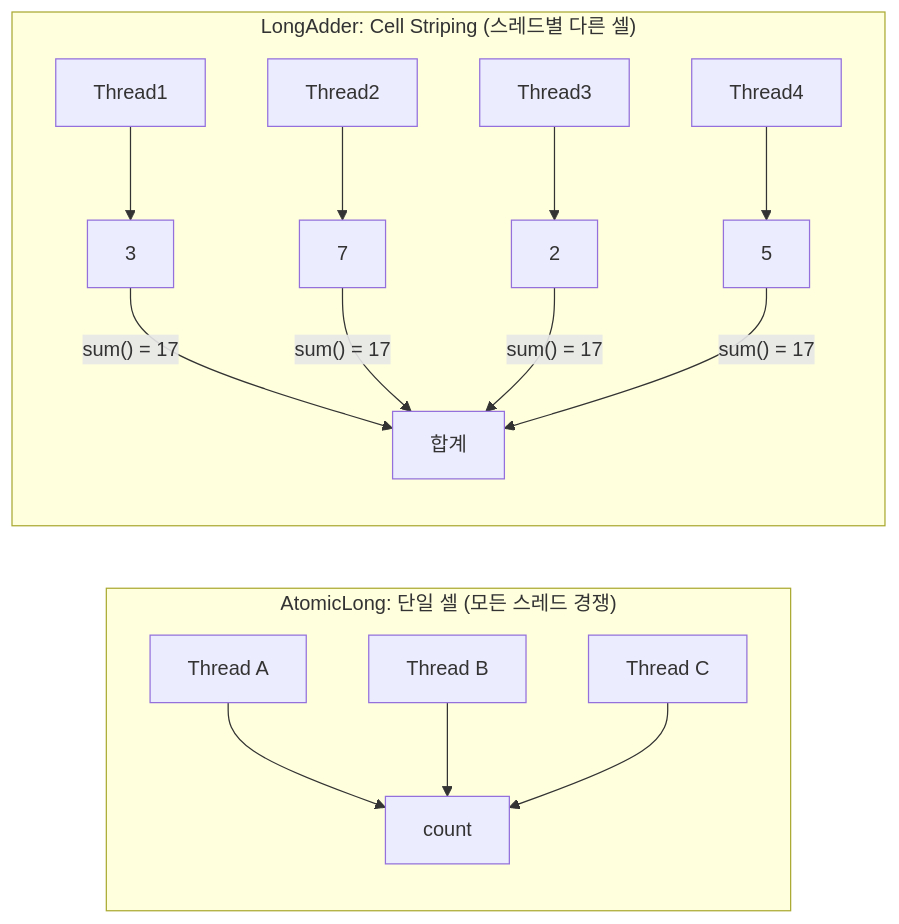
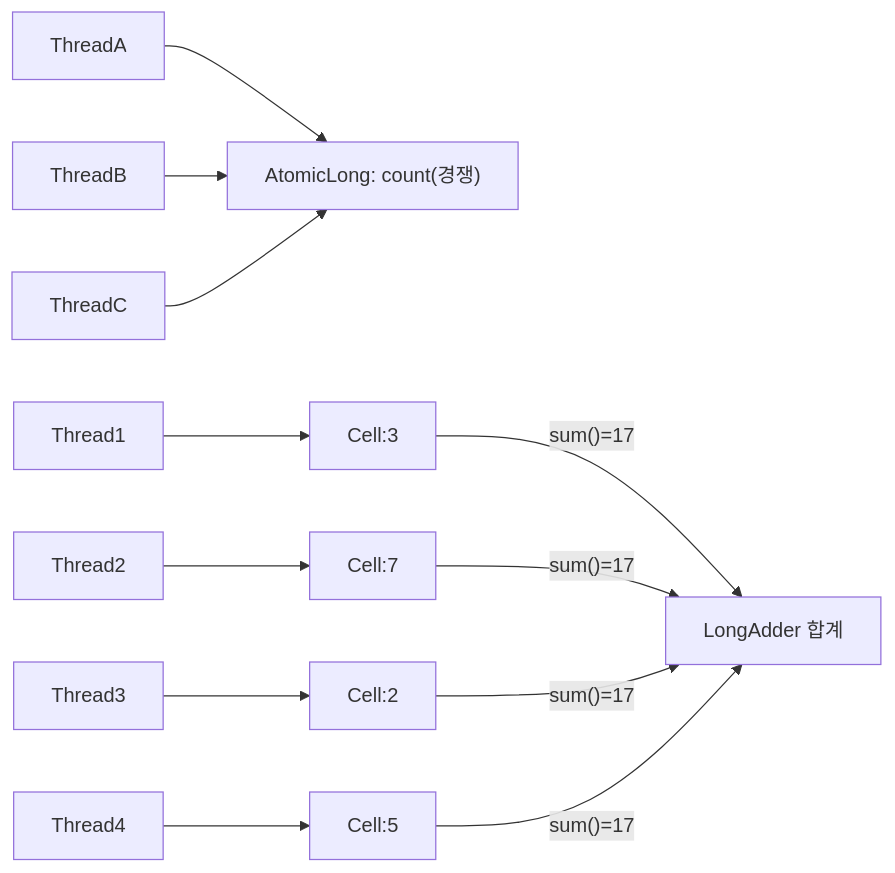
One commit to yjkim2015/yjkim2015.github.io changed diagram 11 of 17 in _posts/java/2026-05-01-java-thread.md. Above: the diagram before and after it, drawn with Mermaid. The commit also changed other lines of this file and 215 other files, not shown here.

First line of the commit message:
신규 포스트 10개 추가 + Mermaid 전면 축소 + SystemDesign 시리즈 보강

````diff
--- a/_posts/java/2026-05-01-java-thread.md
+++ b/_posts/java/2026-05-01-java-thread.md
@@ -1149,20 +1104,11 @@
 ```mermaid
 graph LR
-  subgraph AL["AtomicLong: 단일 셀 (모든 스레드 경쟁)"]
-    CELL["count"]
-    TA[Thread A] --> CELL
-    TB[Thread B] --> CELL
-    TC[Thread C] --> CELL
-  end
-  subgraph LA["LongAdder: Cell Striping (스레드별 다른 셀)"]
-    C1["3"]
-    C2["7"]
-    C3["2"]
-    C4["5"]
-    T1[Thread1] --> C1
-    T2[Thread2] --> C2
-    T3[Thread3] --> C3
-    T4[Thread4] --> C4
-    C1 & C2 & C3 & C4 -->|"sum() = 17"| SUM["합계"]
-  end
+    TA[ThreadA] --> CELL["AtomicLong: count(경쟁)"]
+    TB[ThreadB] --> CELL
+    TC[ThreadC] --> CELL
+    T1[Thread1] --> C1["Cell:3"]
+    T2[Thread2] --> C2["Cell:7"]
+    T3[Thread3] --> C3["Cell:2"]
+    T4[Thread4] --> C4["Cell:5"]
+    C1 & C2 & C3 & C4 -->|"sum()=17"| SUM["LongAdder 합계"]
 ```
````
